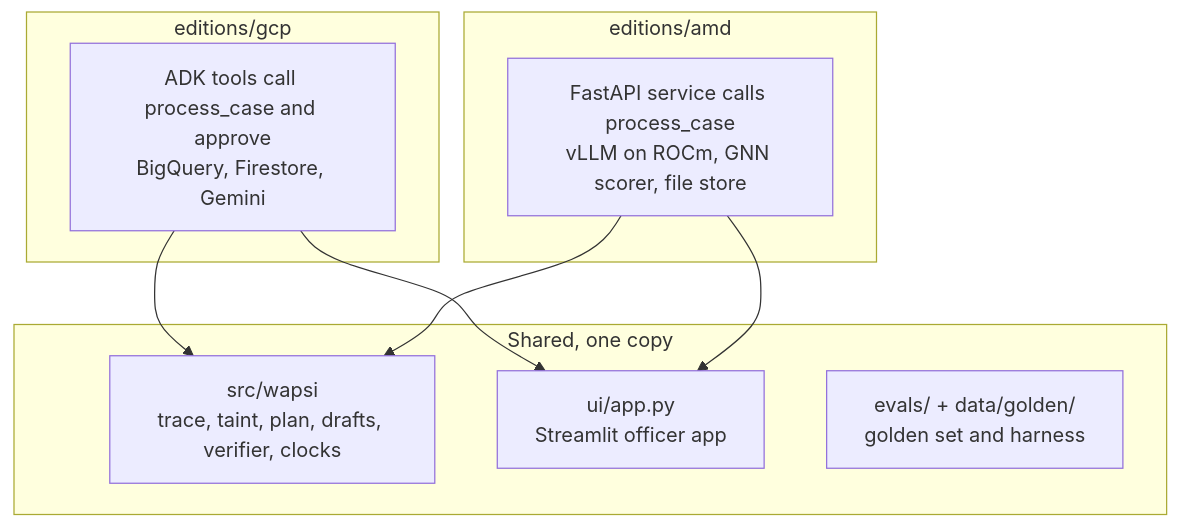
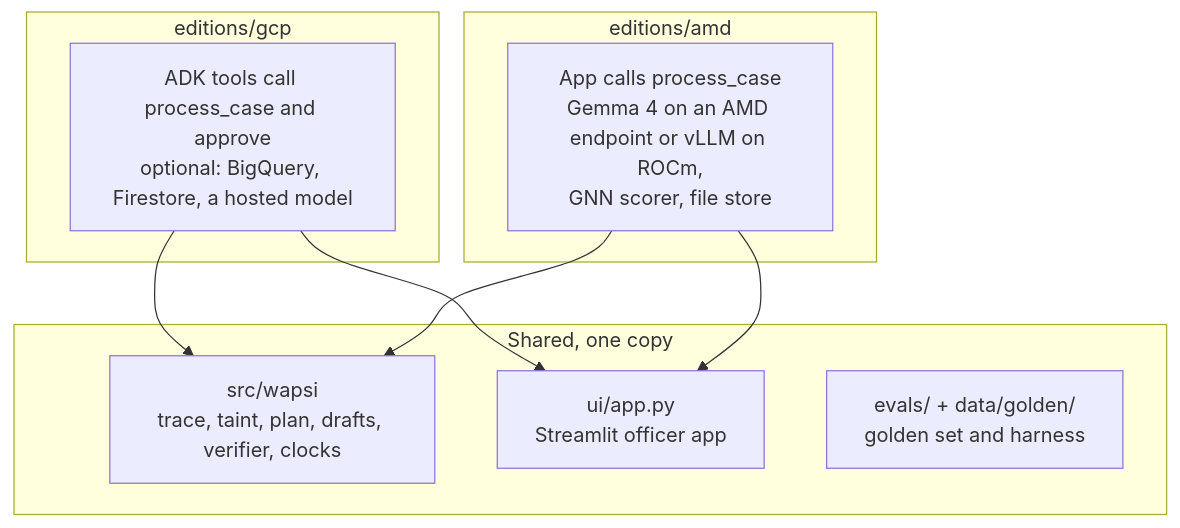
Before and after one commit to GODOSTROYER/wapsi: the tenth of 10 diagrams in docs/architecture.md, drawn with Mermaid. The commit also changed other lines of this file and 33 other files, not shown here.

````diff
--- a/docs/architecture.md
+++ b/docs/architecture.md
@@ -641,18 +641,18 @@
 ```mermaid
 flowchart TB
     subgraph SHARED["Shared, one copy"]
         CORE["src/wapsi<br/>trace, taint, plan, drafts, verifier, clocks"]
         UI["ui/app.py<br/>Streamlit officer app"]
         EV["evals/ + data/golden/<br/>golden set and harness"]
     end
     subgraph GC["editions/gcp"]
-        GC1["ADK tools call process_case and approve<br/>BigQuery, Firestore, Gemini"]
+        GC1["ADK tools call process_case and approve<br/>optional: BigQuery, Firestore, a hosted model"]
     end
     subgraph AM["editions/amd"]
-        AM1["FastAPI service calls process_case<br/>vLLM on ROCm, GNN scorer, file store"]
+        AM1["App calls process_case<br/>Gemma 4 on an AMD endpoint or vLLM on ROCm,<br/>GNN scorer, file store"]
     end
     GC1 --> CORE
     AM1 --> CORE
     GC1 --> UI
     AM1 --> UI
 ```
````
